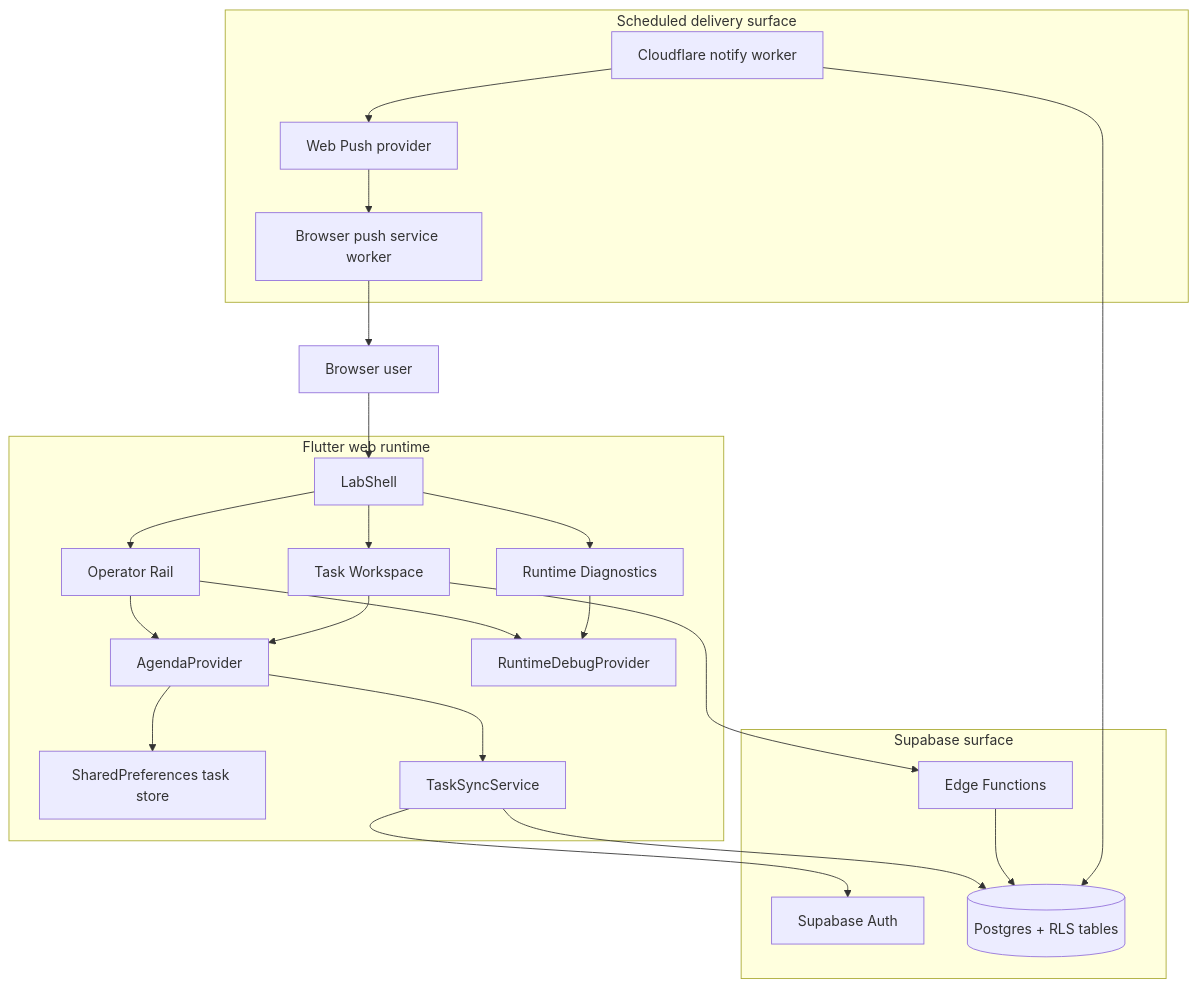
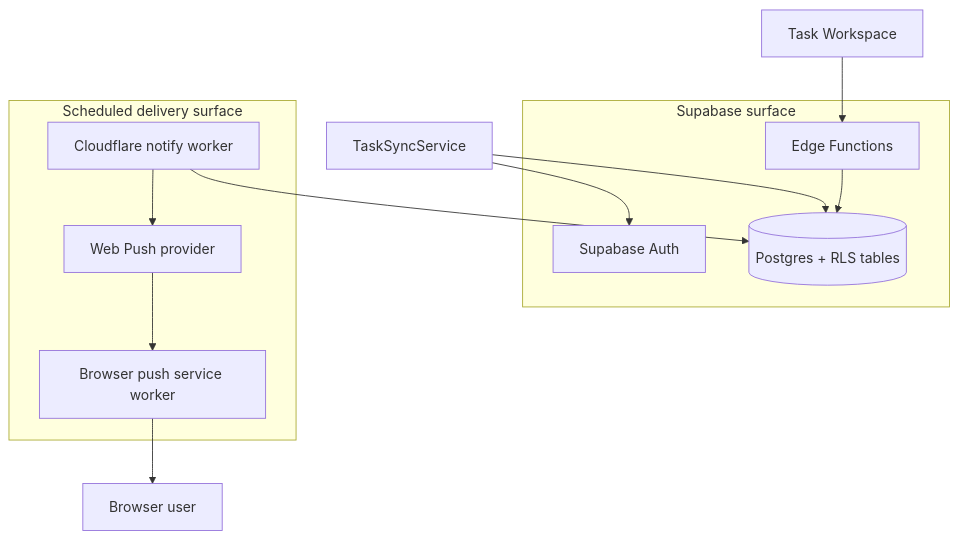
The second of 4 diagrams in docs/ARCHITECTURE.md (eliasfeijo/saas-reliability-lab), drawn with Mermaid before and after one commit. The commit also changed other lines of this file and 1 other file, not shown here.

Commit message:
docs: refine topology diagrams

````diff
--- a/docs/ARCHITECTURE.md
+++ b/docs/ARCHITECTURE.md
@@ -71,47 +98,24 @@
 ```mermaid
 flowchart TD
-    User["Browser user"]
-
-    subgraph Browser["Flutter web runtime"]
-        Shell["LabShell"]
-        Left["Operator Rail"]
-        Workspace["Task Workspace"]
-        Diagnostics["Runtime Diagnostics"]
-        Agenda["AgendaProvider"]
-        Runtime["RuntimeDebugProvider"]
-        Local["SharedPreferences task store"]
-        Sync["TaskSyncService"]
-
-        Shell --> Left
-        Shell --> Workspace
-        Shell --> Diagnostics
-        Left --> Agenda
-        Left --> Runtime
-        Workspace --> Agenda
-        Diagnostics --> Runtime
-        Agenda --> Local
-        Agenda --> Sync
-    end
 
     subgraph Cloud["Supabase surface"]
         Auth["Supabase Auth"]
         DB[("Postgres + RLS tables")]
         Edge["Edge Functions"]
     end
 
     subgraph Delivery["Scheduled delivery surface"]
         Worker["Cloudflare notify worker"]
         Push["Web Push provider"]
         PushSW["Browser push service worker"]
     end
 
-    User --> Shell
-    Sync --> Auth
+    Sync["TaskSyncService"] --> Auth
     Sync --> DB
-    Workspace --> Edge
+    Workspace["Task Workspace"] --> Edge
     Edge --> DB
     Worker --> DB
     Worker --> Push
     Push --> PushSW
-    PushSW --> User
+    PushSW --> User["Browser user"]
 ```
````
